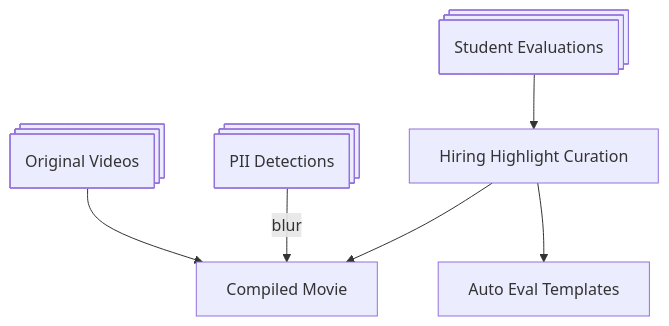
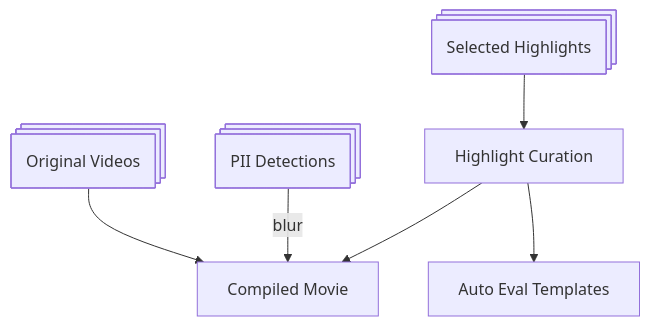
The second of 3 diagrams in src/video_understanding/README.md (hirak99/video-summarizer), drawn with Mermaid before and after one commit. The commit also changed other lines of this file, not shown here.

Commit message:
docs(video): update flowchart

````diff
--- a/src/video_understanding/README.md
+++ b/src/video_understanding/README.md
@@ -54,11 +55,11 @@
 ```mermaid
 flowchart TD
     X[Original Videos] --> B
-    Y[Student Evaluations] --> A
+    Y[Selected Highlights] --> A
     Z[PII Detections] -- blur --> B
-    A[Hiring Highlight Curation] --> B[Compiled Movie]
+    A[Highlight Curation] --> B[Compiled Movie]
     A --> C[Auto Eval Templates]
     X@{ shape: procs}
     Y@{ shape: procs}
     Z@{ shape: procs}
 ```
````
